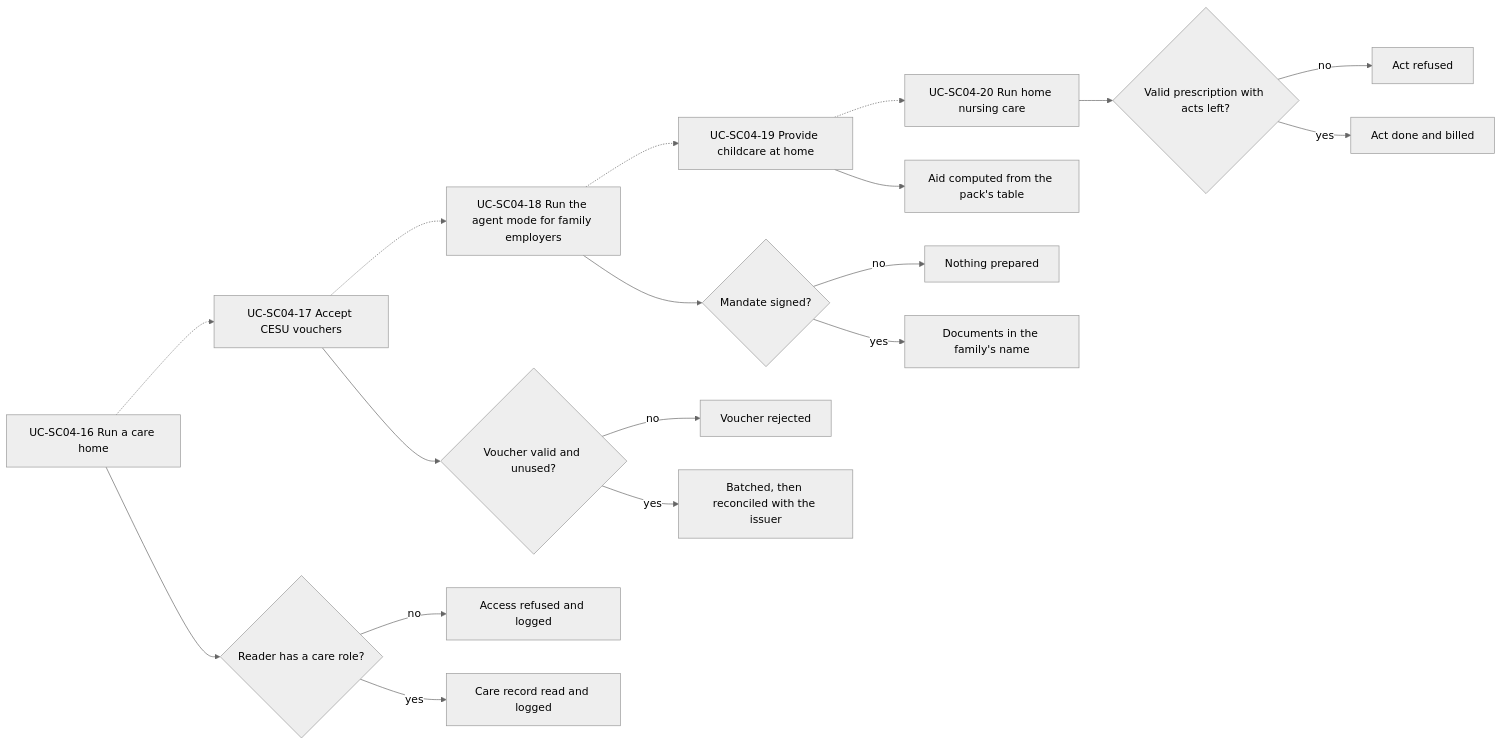
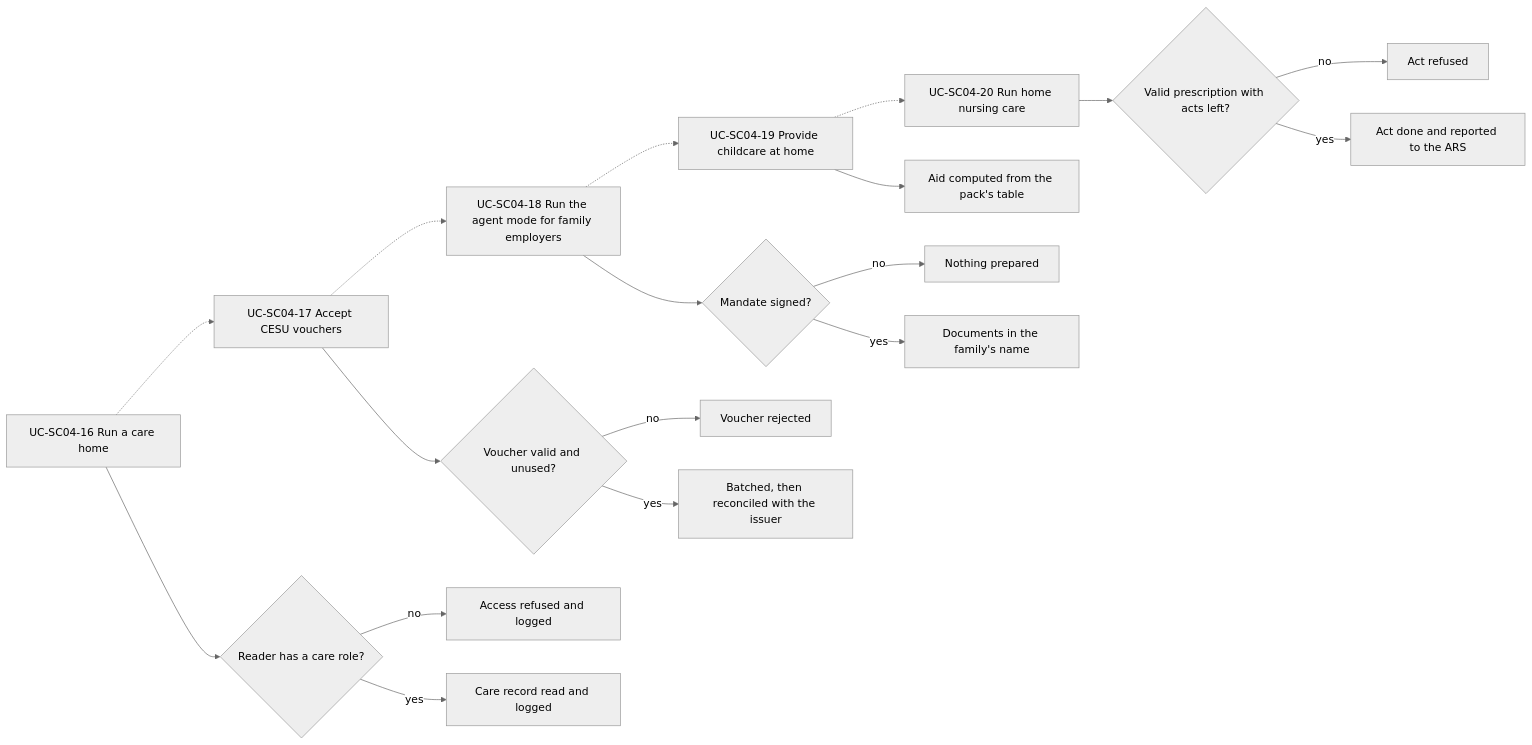
The first of 2 diagrams in docs/specs/08-sectors/sc04-home-care/flows/fl-sc04-06-care-homes-cesu-and-nursing.md (gpbcom/SimpleERP), drawn with Mermaid (neutral theme) before and after one commit. The commit also changed other lines of this file and 8816 other files, not shown here.

````diff
--- a/docs/specs/08-sectors/sc04-home-care/flows/fl-sc04-06-care-homes-cesu-and-nursing.md
+++ b/docs/specs/08-sectors/sc04-home-care/flows/fl-sc04-06-care-homes-cesu-and-nursing.md
@@ -23,25 +23,25 @@
 ```mermaid
 flowchart LR
   UCSC0416["UC-SC04-16 Run a care home"]
   UCSC0417["UC-SC04-17 Accept CESU vouchers"]
   UCSC0418["UC-SC04-18 Run the agent mode for family employers"]
   UCSC0419["UC-SC04-19 Provide childcare at home"]
   UCSC0420["UC-SC04-20 Run home nursing care"]
   UCSC0416 -.-> UCSC0417
   UCSC0417 -.-> UCSC0418
   UCSC0418 -.-> UCSC0419
   UCSC0419 -.-> UCSC0420
   UCSC0416 --> RC{"Reader has a care role?"}
   RC -- no --> DN["Access refused and logged"]
   RC -- yes --> RD["Care record read and logged"]
   UCSC0417 --> VC{"Voucher valid and unused?"}
   VC -- no --> RJ["Voucher rejected"]
   VC -- yes --> BT["Batched, then reconciled with the issuer"]
   UCSC0418 --> MD{"Mandate signed?"}
   MD -- no --> NP["Nothing prepared"]
   MD -- yes --> FE["Documents in the family's name"]
   UCSC0419 --> AD["Aid computed from the pack's table"]
   UCSC0420 --> PR{"Valid prescription with acts left?"}
   PR -- no --> RF["Act refused"]
-  PR -- yes --> AC["Act done and billed"]
+  PR -- yes --> AC["Act done and reported to the ARS"]
 ```
````
